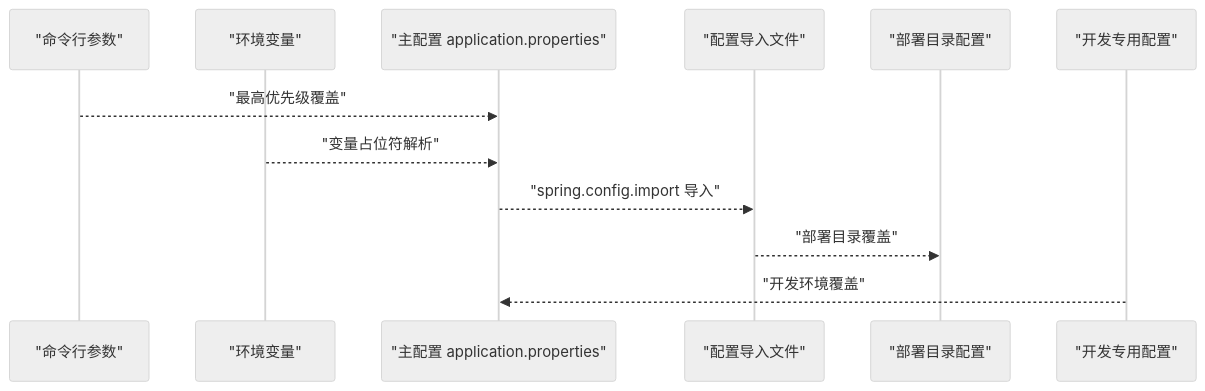
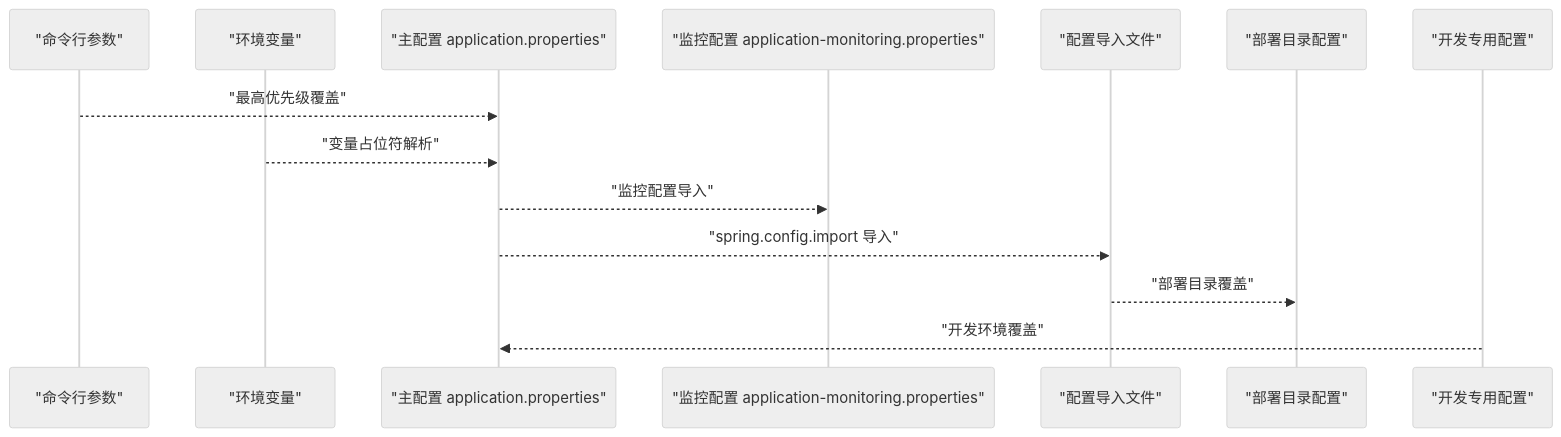
The fourth of 4 diagrams in .qoder/repowiki/zh/content/配置管理/应用配置.md (liuzh2008/med_ai_assistant_workspace), drawn with Mermaid (neutral theme) before and after one commit. The commit also changed other lines of this file and 4 other files, not shown here.

````diff
--- a/.qoder/repowiki/zh/content/配置管理/应用配置.md
+++ b/.qoder/repowiki/zh/content/配置管理/应用配置.md
@@ -334,14 +563,16 @@
 ```mermaid
 sequenceDiagram
 participant CLI as "命令行参数"
 participant ENV as "环境变量"
 participant APP as "主配置 application.properties"
+participant MON as "监控配置 application-monitoring.properties"
 participant IMPORT as "配置导入文件"
 participant DEP as "部署目录配置"
 participant DEV as "开发专用配置"
 CLI-->>APP : "最高优先级覆盖"
 ENV-->>APP : "变量占位符解析"
+APP-->>MON : "监控配置导入"
 APP-->>IMPORT : "spring.config.import 导入"
 IMPORT-->>DEP : "部署目录覆盖"
 DEV-->>APP : "开发环境覆盖"
 ```
````
